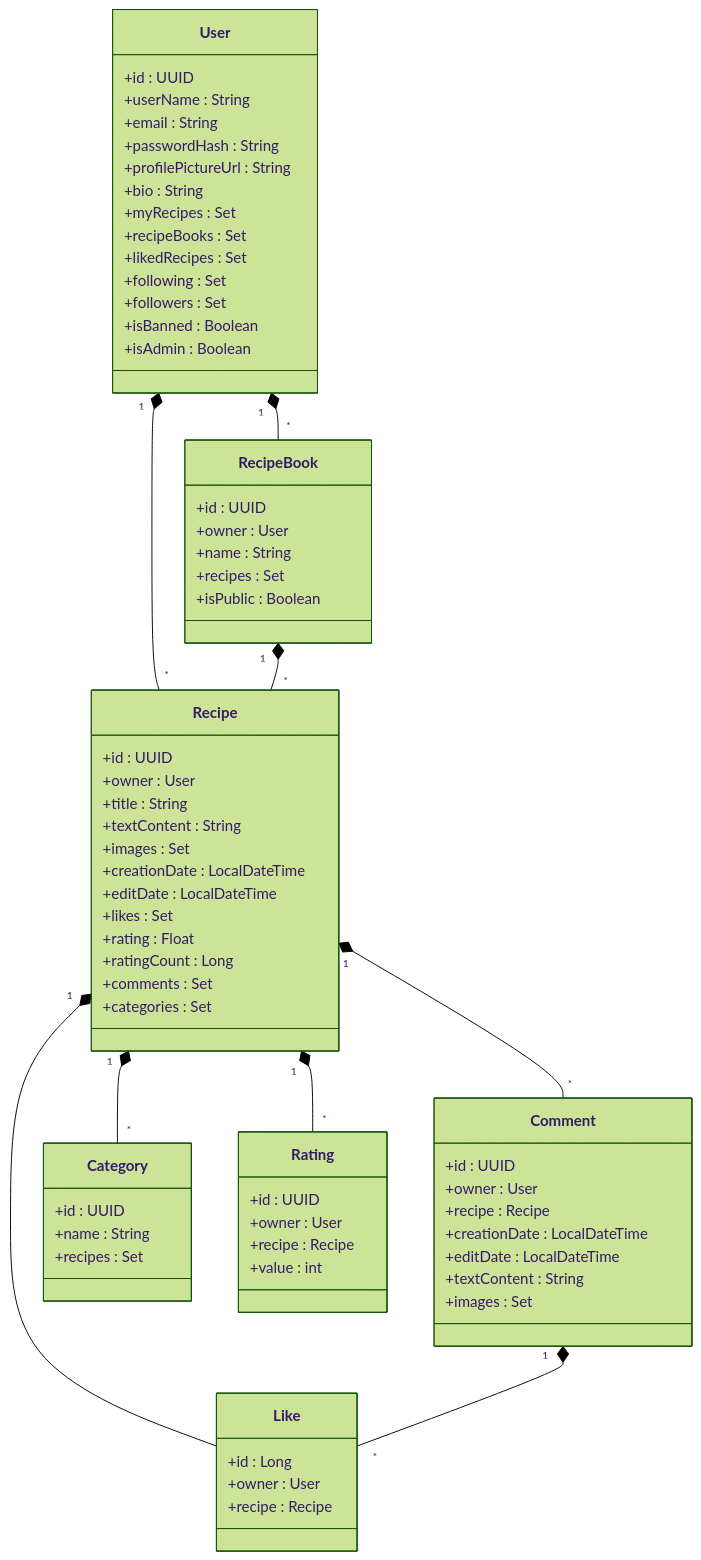
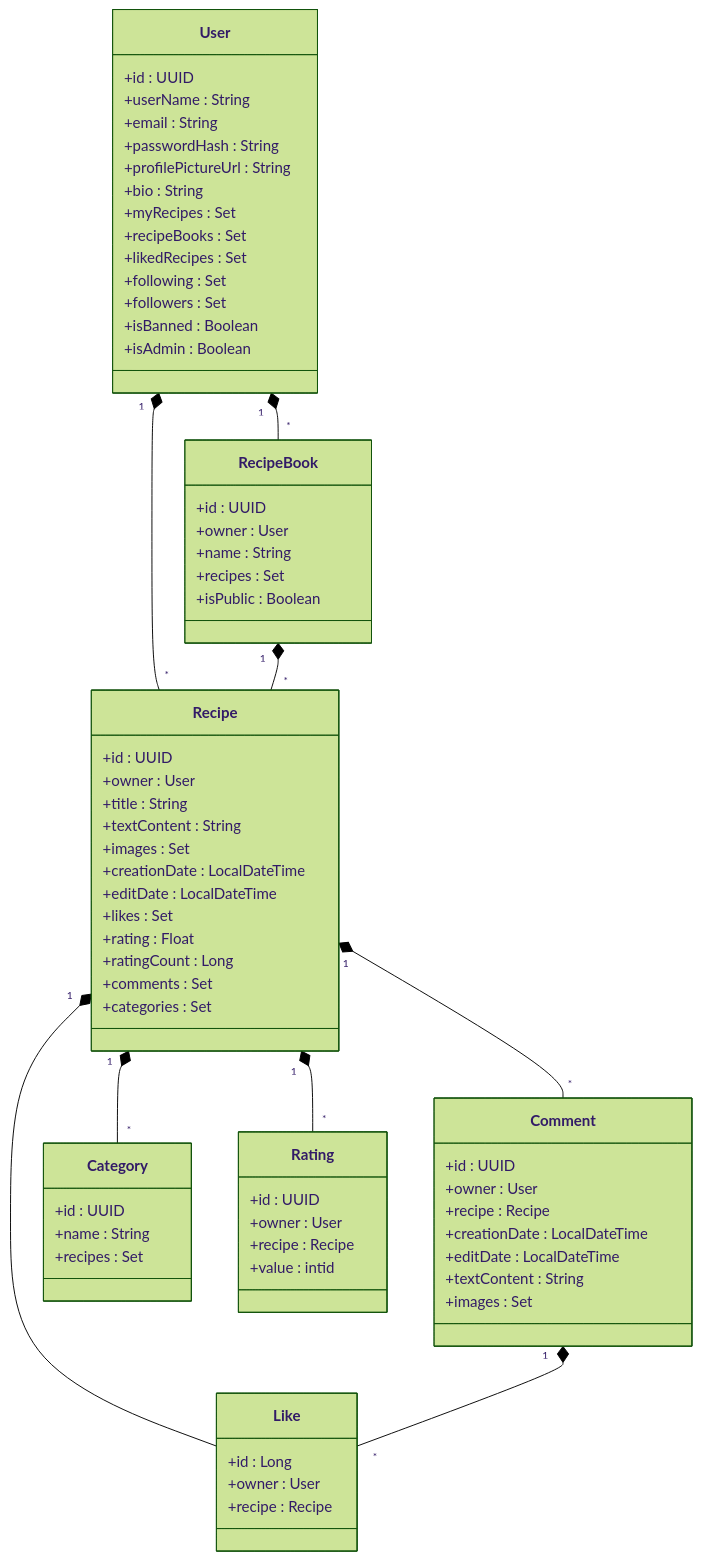
One commit to KczBen/hbv-601-h16 changed the first of 2 diagrams in Class Diagram.md. Above: the diagram before and after it, drawn with Mermaid (forest theme). The commit also changed other lines of this file, not shown here.

Commit message:
Finish class diagram

````diff
--- a/Class Diagram.md
+++ b/Class Diagram.md
@@ -1,82 +1,82 @@
 ```mermaid
 classDiagram
     User "1" *-- "*" Recipe
     User "1" *-- "*" RecipeBook
 
     RecipeBook "1" *-- "*" Recipe
 
     Recipe "1" *-- "" Like
     Recipe "1" *-- "*" Comment
     Recipe "1" *-- "*" Category
     Recipe "1" *-- "*" Rating
 
     Comment "1" *-- "*" Like
 
     class User {
         +id : UUID
         +userName : String
         +email : String
         +passwordHash : String
         +profilePictureUrl : String
         +bio : String
         +myRecipes : Set<Recipe>
         +recipeBooks : Set<RecipeBook>
         +likedRecipes : Set<Recipe>
         +following : Set<User>
         +followers : Set<User>
         +isBanned : Boolean
         +isAdmin : Boolean
     }
 
     class RecipeBook {
         +id : UUID
         +owner : User
         +name : String
         +recipes : Set<Recipe>
         +isPublic : Boolean
     }
 
     class Recipe {
         +id : UUID
         +owner : User
         +title : String
         +textContent : String
         +images : Set<String>
         +creationDate : LocalDateTime
         +editDate : LocalDateTime
         +likes : Set<Like>
         +rating : Float
         +ratingCount : Long
         +comments : Set<Comment>
         +categories : Set<Category>
     }
 
     class Like {
         +id : Long
         +owner : User
         +recipe : Recipe
     }
 
     class Comment {
         +id : UUID
         +owner : User
         +recipe : Recipe
         +creationDate : LocalDateTime
         +editDate : LocalDateTime
         +textContent : String
         +images : Set<String>
     }
 
     class Category {
         +id : UUID
         +name : String
         +recipes : Set<Recipe>
     }
 
     class Rating {
         +id : UUID
         +owner : User
         +recipe : Recipe
-        +value : int
+        +value : intid
     }
 ```
````
